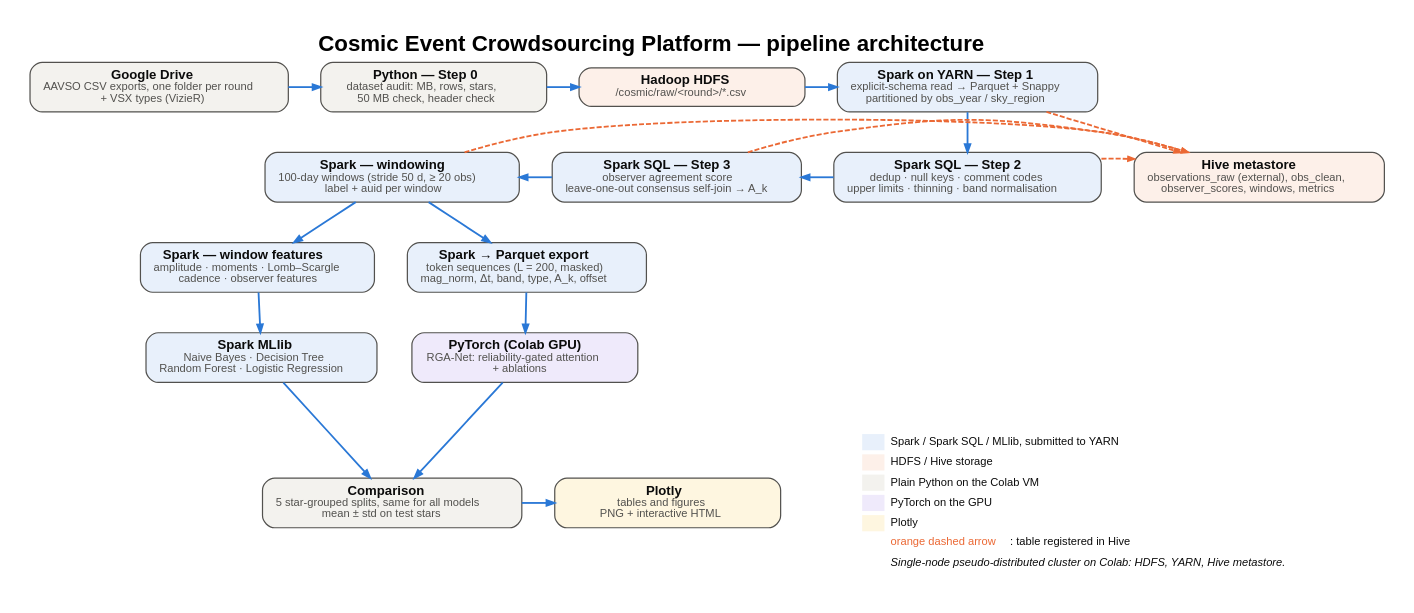
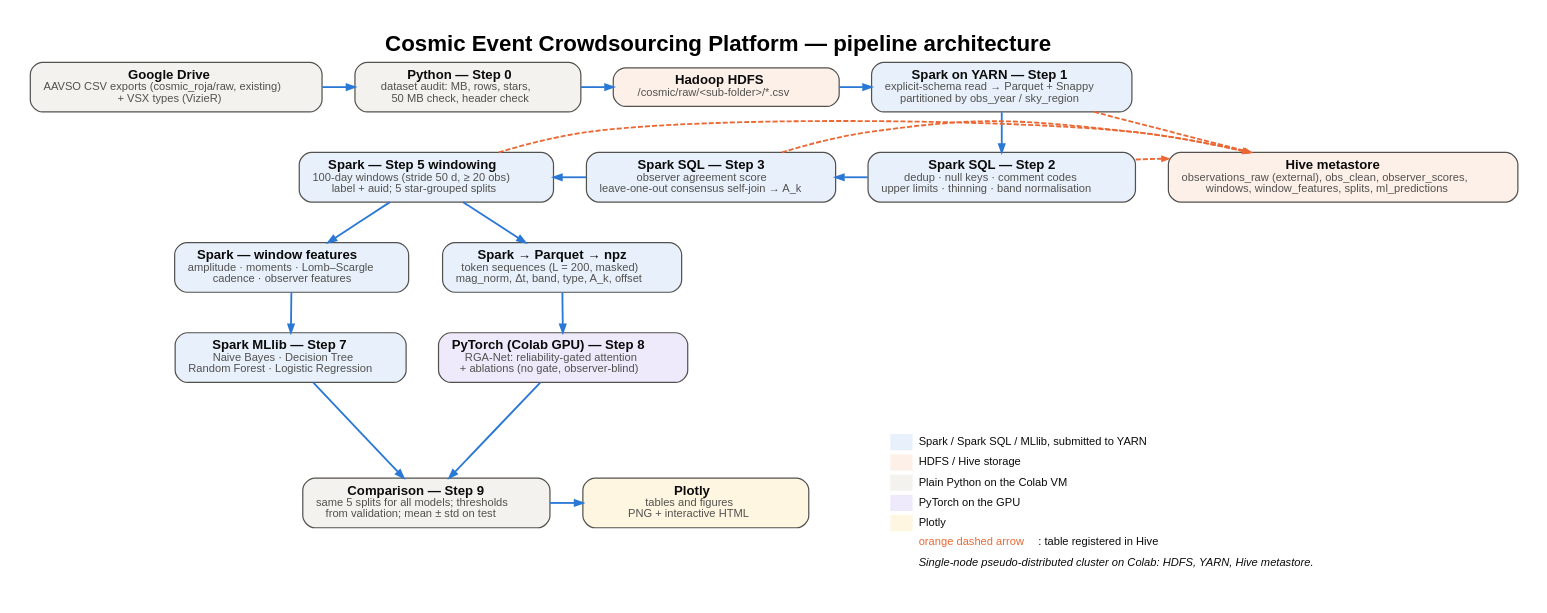
One commit to lowkey2556/cosmic-events changed the diagram in docs/figures/architecture.dot. Above: the diagram before and after it, drawn with Graphviz. The commit also changed 33 other files, not shown here.

First line of the commit message:
Parts 2-9: fixes, Spark windowing, RGA-Net, 4 MLlib models, 5-split comparison, scalability, docs

```diff
--- a/docs/figures/architecture.dot
+++ b/docs/figures/architecture.dot
@@ -1,46 +1,46 @@
 digraph cosmic {
   graph [rankdir=TB, newrank=true, nodesep=0.45, ranksep=0.55, bgcolor="white", pad=0.3, fontname="Helvetica",
          labelloc=t, fontsize=22, label=<<b>Cosmic Event Crowdsourcing Platform — pipeline architecture</b>>];
   node  [shape=box, style="rounded,filled", color="#52514e", penwidth=1.2, fontname="Helvetica",
          fontsize=11, fontcolor="#0b0b0b", margin="0.18,0.10", width=3.1];
   edge  [color="#2a78d6", penwidth=1.8, arrowsize=0.8];
-  drive [fillcolor="#f3f2ee", label=<<b><font point-size="13">Google Drive</font></b><br/><font color="#52514e">AAVSO CSV exports, one folder per round<br/>+ VSX types (VizieR)</font>>];
+  drive [fillcolor="#f3f2ee", label=<<b><font point-size="13">Google Drive</font></b><br/><font color="#52514e">AAVSO CSV exports (cosmic_roja/raw, existing)<br/>+ VSX types (VizieR)</font>>];
   audit [fillcolor="#f3f2ee", label=<<b><font point-size="13">Python — Step 0</font></b><br/><font color="#52514e">dataset audit: MB, rows, stars,<br/>50 MB check, header check</font>>];
-  hdfs [fillcolor="#fdf0e9", label=<<b><font point-size="13">Hadoop HDFS</font></b><br/><font color="#52514e">/cosmic/raw/&lt;round&gt;/*.csv</font>>];
+  hdfs [fillcolor="#fdf0e9", label=<<b><font point-size="13">Hadoop HDFS</font></b><br/><font color="#52514e">/cosmic/raw/&lt;sub-folder&gt;/*.csv</font>>];
   ingest [fillcolor="#e8f0fb", label=<<b><font point-size="13">Spark on YARN — Step 1</font></b><br/><font color="#52514e">explicit-schema read → Parquet + Snappy<br/>partitioned by obs_year / sky_region</font>>];
   prep [fillcolor="#e8f0fb", label=<<b><font point-size="13">Spark SQL — Step 2</font></b><br/><font color="#52514e">dedup · null keys · comment codes<br/>upper limits · thinning · band normalisation</font>>];
   score [fillcolor="#e8f0fb", label=<<b><font point-size="13">Spark SQL — Step 3</font></b><br/><font color="#52514e">observer agreement score<br/>leave-one-out consensus self-join → A_k</font>>];
-  win [fillcolor="#e8f0fb", label=<<b><font point-size="13">Spark — windowing</font></b><br/><font color="#52514e">100-day windows (stride 50 d, ≥ 20 obs)<br/>label + auid per window</font>>];
+  win [fillcolor="#e8f0fb", label=<<b><font point-size="13">Spark — Step 5 windowing</font></b><br/><font color="#52514e">100-day windows (stride 50 d, ≥ 20 obs)<br/>label + auid; 5 star-grouped splits</font>>];
   feat [fillcolor="#e8f0fb", label=<<b><font point-size="13">Spark — window features</font></b><br/><font color="#52514e">amplitude · moments · Lomb–Scargle<br/>cadence · observer features</font>>];
-  seq [fillcolor="#e8f0fb", label=<<b><font point-size="13">Spark → Parquet export</font></b><br/><font color="#52514e">token sequences (L = 200, masked)<br/>mag_norm, Δt, band, type, A_k, offset</font>>];
-  mllib [fillcolor="#e8f0fb", label=<<b><font point-size="13">Spark MLlib</font></b><br/><font color="#52514e">Naive Bayes · Decision Tree<br/>Random Forest · Logistic Regression</font>>];
-  rga [fillcolor="#efeafb", label=<<b><font point-size="13">PyTorch (Colab GPU)</font></b><br/><font color="#52514e">RGA-Net: reliability-gated attention<br/>+ ablations</font>>];
-  cmp [fillcolor="#f3f2ee", label=<<b><font point-size="13">Comparison</font></b><br/><font color="#52514e">5 star-grouped splits, same for all models<br/>mean ± std on test stars</font>>];
+  seq [fillcolor="#e8f0fb", label=<<b><font point-size="13">Spark → Parquet → npz</font></b><br/><font color="#52514e">token sequences (L = 200, masked)<br/>mag_norm, Δt, band, type, A_k, offset</font>>];
+  mllib [fillcolor="#e8f0fb", label=<<b><font point-size="13">Spark MLlib — Step 7</font></b><br/><font color="#52514e">Naive Bayes · Decision Tree<br/>Random Forest · Logistic Regression</font>>];
+  rga [fillcolor="#efeafb", label=<<b><font point-size="13">PyTorch (Colab GPU) — Step 8</font></b><br/><font color="#52514e">RGA-Net: reliability-gated attention<br/>+ ablations (no gate, observer-blind)</font>>];
+  cmp [fillcolor="#f3f2ee", label=<<b><font point-size="13">Comparison — Step 9</font></b><br/><font color="#52514e">same 5 splits for all models; thresholds<br/>from validation; mean ± std on test</font>>];
   fig [fillcolor="#fef6e0", label=<<b><font point-size="13">Plotly</font></b><br/><font color="#52514e">tables and figures<br/>PNG + interactive HTML</font>>];
-  hive [fillcolor="#fdf0e9", label=<<b><font point-size="13">Hive metastore</font></b><br/><font color="#52514e">observations_raw (external), obs_clean,<br/>observer_scores, windows, metrics</font>>];
+  hive [fillcolor="#fdf0e9", label=<<b><font point-size="13">Hive metastore</font></b><br/><font color="#52514e">observations_raw (external), obs_clean, observer_scores,<br/>windows, window_features, splits, ml_predictions</font>>];
   { rank=same; drive; audit; hdfs; ingest; }
   { rank=same; win; score; prep; hive; }
   { rank=same; feat; seq; }
   { rank=same; mllib; rga; }
   { rank=same; cmp; fig; legend; }
   drive -> audit;
   audit -> hdfs;
   hdfs -> ingest;
   ingest -> prep;
   score -> prep [dir=back];
   win -> score [dir=back];
   win -> feat;
   win -> seq;
   feat -> mllib;
   seq -> rga;
   mllib -> cmp;
   rga -> cmp;
   cmp -> fig;
   prep -> hive [style=invis];
   ingest -> hive [style=dashed, color="#eb6834", arrowsize=0.6, constraint=false];
   prep -> hive [style=dashed, color="#eb6834", arrowsize=0.6, constraint=false];
   score -> hive [style=dashed, color="#eb6834", arrowsize=0.6, constraint=false];
   win -> hive [style=dashed, color="#eb6834", arrowsize=0.6, constraint=false];
   legend [shape=plaintext, style="", fontsize=11, label=<<table border="0" cellspacing="4"><tr><td bgcolor="#e8f0fb" width="22"> </td><td align="left">Spark / Spark SQL / MLlib, submitted to YARN</td></tr><tr><td bgcolor="#fdf0e9" width="22"> </td><td align="left">HDFS / Hive storage</td></tr><tr><td bgcolor="#f3f2ee" width="22"> </td><td align="left">Plain Python on the Colab VM</td></tr><tr><td bgcolor="#efeafb" width="22"> </td><td align="left">PyTorch on the GPU</td></tr><tr><td bgcolor="#fef6e0" width="22"> </td><td align="left">Plotly</td></tr><tr><td></td><td align="left"><font color="#eb6834">orange dashed arrow</font>: table registered in Hive</td></tr><tr><td></td><td align="left"><i>Single-node pseudo-distributed cluster on Colab: HDFS, YARN, Hive metastore.</i></td></tr></table>>];
   fig -> legend [style=invis, minlen=2];
 }
```
